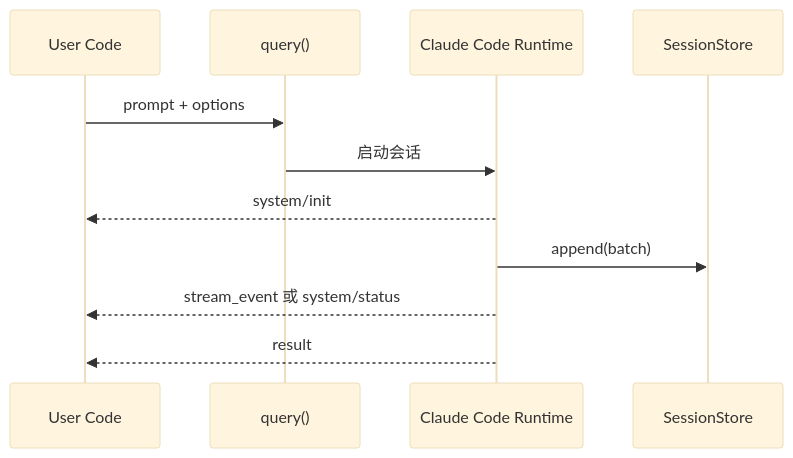
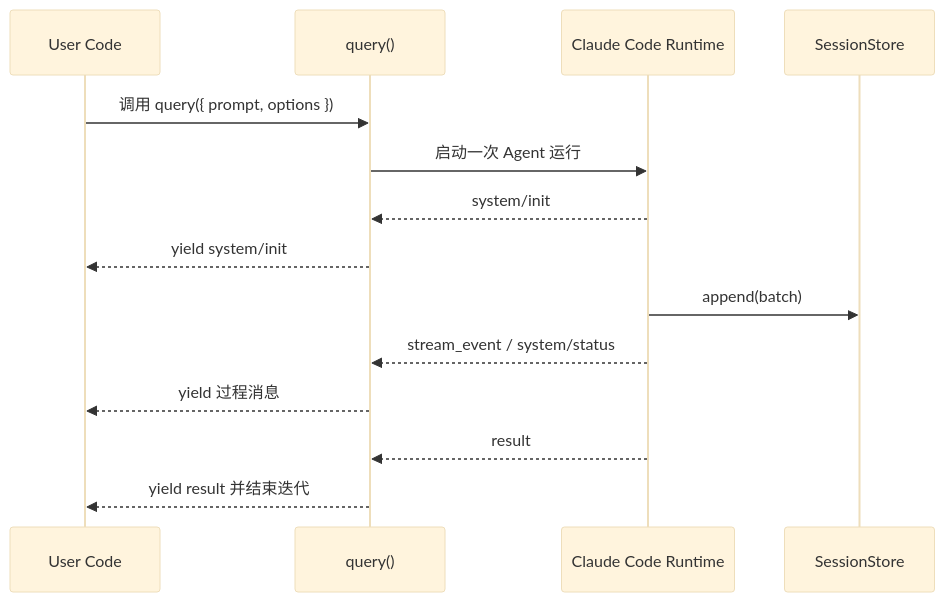
The diagram in .docs/04-first-query.md (TsingPig/Agent-Framework), drawn with Mermaid (base theme) before and after one commit. The commit also changed other lines of this file, not shown here.

````diff
--- a/.docs/04-first-query.md
+++ b/.docs/04-first-query.md
@@ -69,14 +171,17 @@
 ```mermaid
 sequenceDiagram
     participant U as User Code
     participant Q as query()
     participant C as Claude Code Runtime
     participant S as SessionStore
 
-    U->>Q: prompt + options
-    Q->>C: 启动会话
-    C-->>U: system/init
+    U->>Q: 调用 query({ prompt, options })
+    Q->>C: 启动一次 Agent 运行
+    C-->>Q: system/init
+    Q-->>U: yield system/init
     C->>S: append(batch)
-    C-->>U: stream_event 或 system/status
-    C-->>U: result
+    C-->>Q: stream_event / system/status
+    Q-->>U: yield 过程消息
+    C-->>Q: result
+    Q-->>U: yield result 并结束迭代
 ```
````
